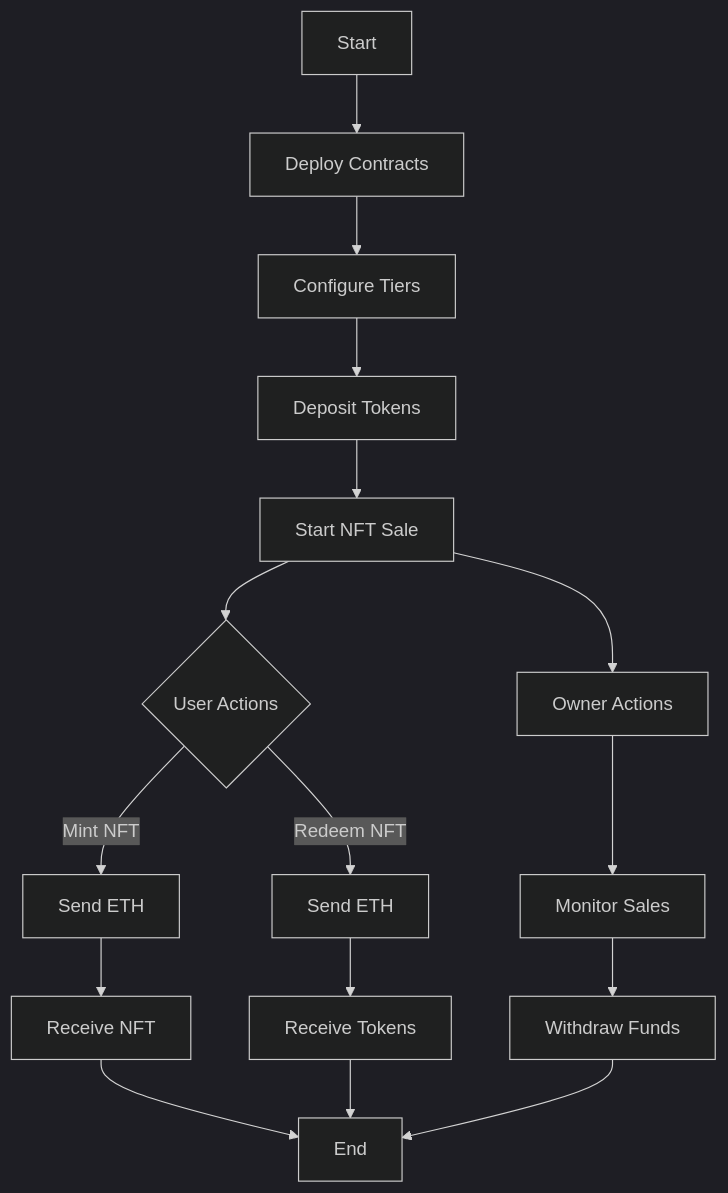
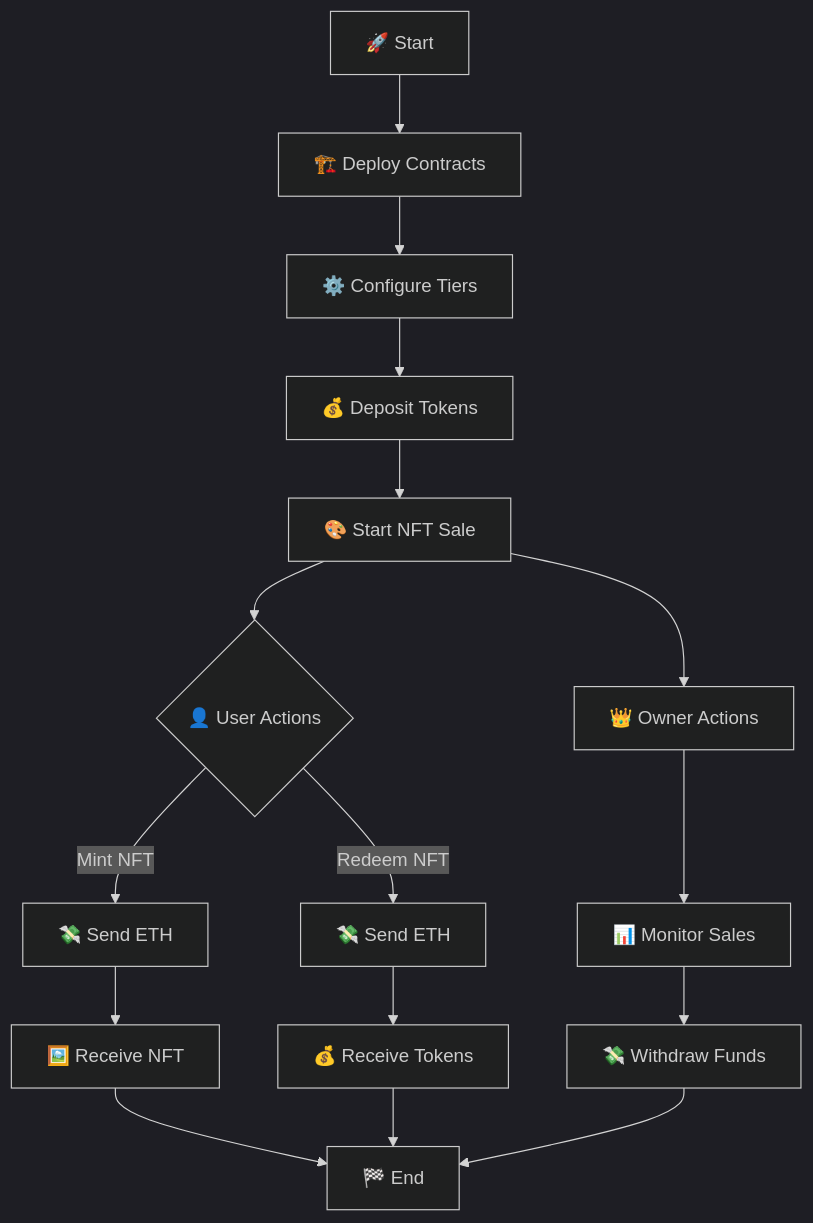
The fifth of 5 diagrams in README.md (Vicent00/PioneroX), drawn with Mermaid (dark theme) before and after one commit. The commit also changed other lines of this file, not shown here.

````diff
--- a/README.md
+++ b/README.md
@@ -80,18 +90,18 @@
 ```mermaid
 graph TD
-    A[Start] --> B[Deploy Contracts]
-    B --> C[Configure Tiers]
-    C --> D[Deposit Tokens]
-    D --> E[Start NFT Sale]
-    E --> F{User Actions}
-    F -->|Mint NFT| G[Send ETH]
-    F -->|Redeem NFT| H[Send ETH]
-    G --> I[Receive NFT]
-    H --> J[Receive Tokens]
-    I --> K[End]
+    A[🚀 Start] --> B[🏗️ Deploy Contracts]
+    B --> C[⚙️ Configure Tiers]
+    C --> D[💰 Deposit Tokens]
+    D --> E[🎨 Start NFT Sale]
+    E --> F{👤 User Actions}
+    F -->|Mint NFT| G[💸 Send ETH]
+    F -->|Redeem NFT| H[💸 Send ETH]
+    G --> I[🖼️ Receive NFT]
+    H --> J[💰 Receive Tokens]
+    I --> K[🏁 End]
     J --> K
-    E --> L[Owner Actions]
-    L --> M[Monitor Sales]
-    M --> N[Withdraw Funds]
+    E --> L[👑 Owner Actions]
+    L --> M[📊 Monitor Sales]
+    M --> N[💸 Withdraw Funds]
     N --> K
 ```
````
